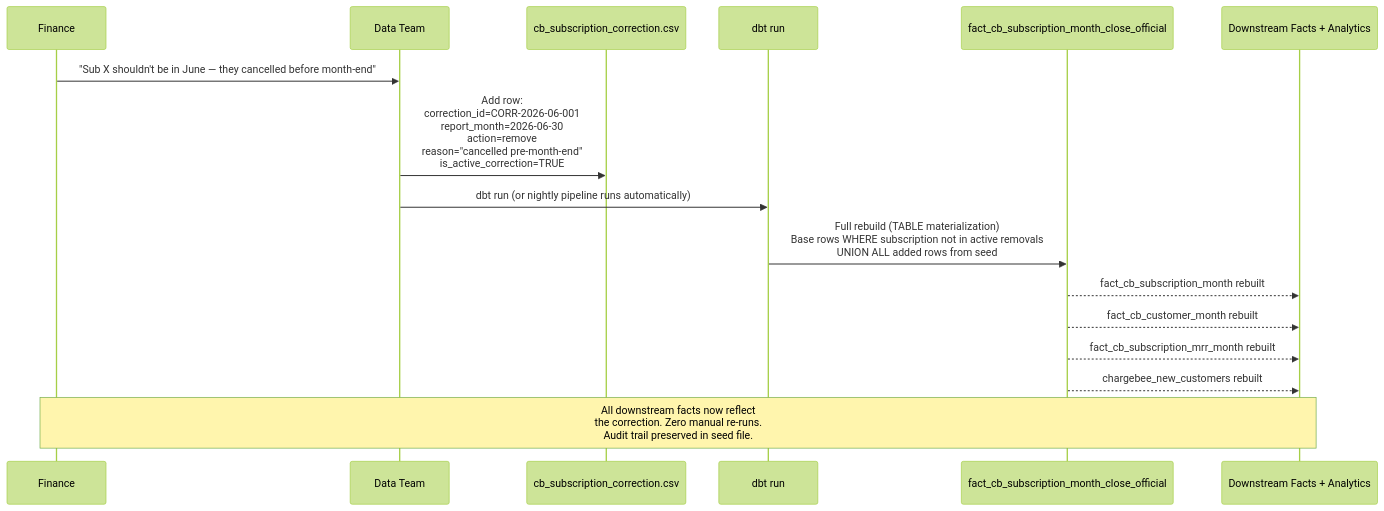
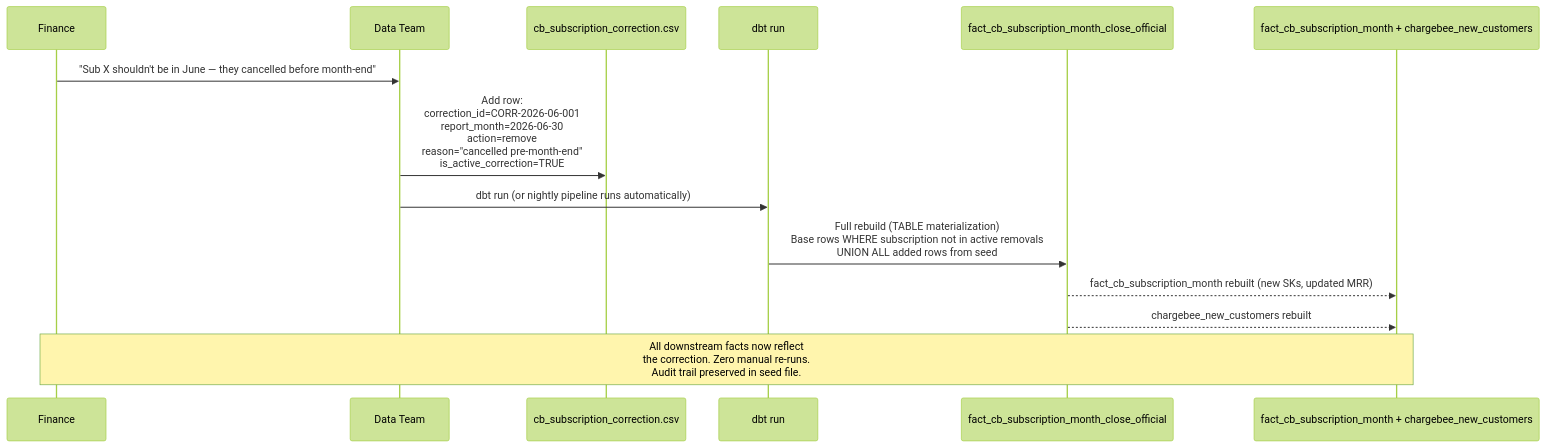
One commit to rolliyer/test-github-actions changed the third of 3 diagrams in EDP-147-chargebee-architecture.md. Above: the diagram before and after it, drawn with Mermaid (forest theme). The commit also changed other lines of this file, not shown here.

````diff
--- a/EDP-147-chargebee-architecture.md
+++ b/EDP-147-chargebee-architecture.md
@@ -316,22 +342,20 @@
 ```mermaid
 sequenceDiagram
     participant Finance
     participant DataTeam as Data Team
     participant Seed as cb_subscription_correction.csv
     participant dbt as dbt run
     participant Official as fact_cb_subscription_month_close_official
-    participant Downstream as Downstream Facts + Analytics
+    participant Downstream as fact_cb_subscription_month + chargebee_new_customers
 
     Finance ->> DataTeam: "Sub X shouldn't be in June — they cancelled before month-end"
     DataTeam ->> Seed: Add row:<br/>correction_id=CORR-2026-06-001<br/>report_month=2026-06-30<br/>action=remove<br/>reason="cancelled pre-month-end"<br/>is_active_correction=TRUE
 
     DataTeam ->> dbt: dbt run (or nightly pipeline runs automatically)
 
     dbt ->> Official: Full rebuild (TABLE materialization)<br/>Base rows WHERE subscription not in active removals<br/>UNION ALL added rows from seed
-    Official -->> Downstream: fact_cb_subscription_month rebuilt
-    Official -->> Downstream: fact_cb_customer_month rebuilt
-    Official -->> Downstream: fact_cb_subscription_mrr_month rebuilt
+    Official -->> Downstream: fact_cb_subscription_month rebuilt (new SKs, updated MRR)
     Official -->> Downstream: chargebee_new_customers rebuilt
 
     Note over Finance,Downstream: All downstream facts now reflect<br/>the correction. Zero manual re-runs.<br/>Audit trail preserved in seed file.
 ```
````
